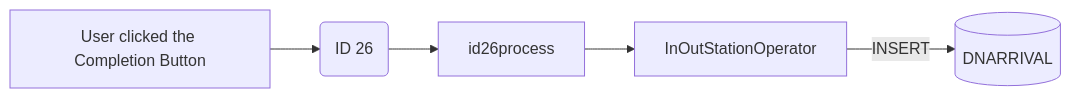
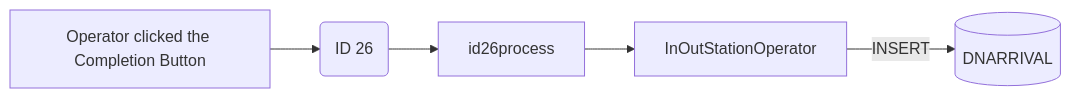
One commit to luthfiadityaa/SimeDarby-Wiki changed the diagram in Basic-Design/DFD-WMS/Storage/Unplanned-Storage/Unplanned-Storage-from-OP-Area/QC-Station-from-Manual-Palletizing.md. Above: the diagram before and after it, drawn with Mermaid.

Commit message:
Updated QC Station from Manual Palletizing

```diff
--- a/Basic-Design/DFD-WMS/Storage/Unplanned-Storage/Unplanned-Storage-from-OP-Area/QC-Station-from-Manual-Palletizing.md
+++ b/Basic-Design/DFD-WMS/Storage/Unplanned-Storage/Unplanned-Storage-from-OP-Area/QC-Station-from-Manual-Palletizing.md
@@ -137,20 +137,20 @@
 ::: mermaid
 flowchart LR
 
 releaseCommand["
-   User clicked the Completion Button
+   Operator clicked the Completion Button
 "]
 
 id26msg("
 ID 26
 ")
 
 id26-insert[("
 DNARRIVAL
 ")]
 
 inoutstationoperator[InOutStationOperator]
 
 releaseCommand-->id26msg-->id26process-->inoutstationoperator
 inoutstationoperator--> |INSERT| id26-insert
 :::
```
